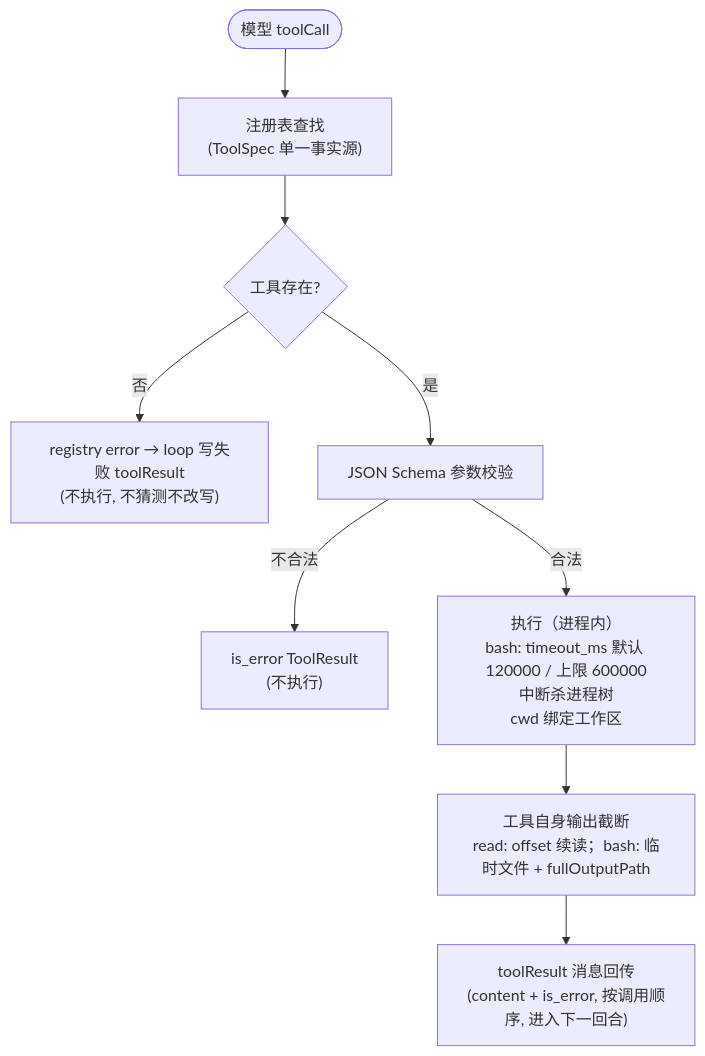
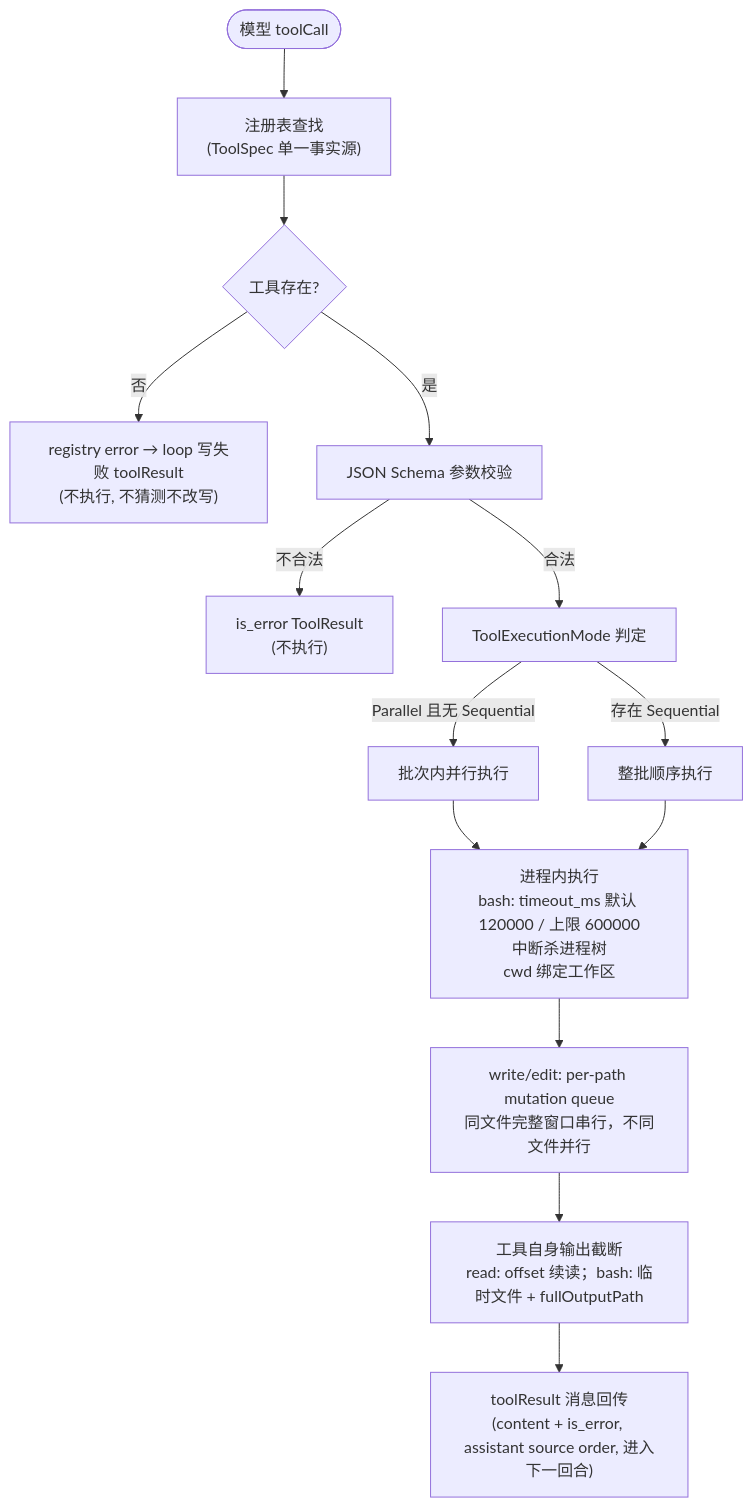
One commit to qjcnmd/singularity-agent changed the fourth of 8 diagrams in docs/singularity.md. Above: the diagram before and after it, drawn with Mermaid. The commit also changed other lines of this file and 6 other files, not shown here.

````diff
--- a/docs/singularity.md
+++ b/docs/singularity.md
@@ -130,11 +134,16 @@
 ```mermaid
 flowchart TD
     A(["模型 toolCall"]) --> B["注册表查找<br/>(ToolSpec 单一事实源)"]
     B --> C{"工具存在?"}
     C -- 否 --> R1["registry error → loop 写失败 toolResult<br/>(不执行, 不猜测不改写)"]
     C -- 是 --> D["JSON Schema 参数校验"]
     D -- "不合法" --> R2["is_error ToolResult<br/>(不执行)"]
-    D -- "合法" --> F["执行（进程内）<br/>bash: timeout_ms 默认 120000 / 上限 600000<br/>中断杀进程树<br/>cwd 绑定工作区"]
-    F --> G["工具自身输出截断<br/>read: offset 续读；bash: 临时文件 + fullOutputPath"]
-    G --> I["toolResult 消息回传<br/>(content + is_error, 按调用顺序, 进入下一回合)"]
+    D -- "合法" --> E2["ToolExecutionMode 判定"]
+    E2 -- "Parallel 且无 Sequential" --> F1["批次内并行执行"]
+    E2 -- "存在 Sequential" --> F2["整批顺序执行"]
+    F1 --> F["进程内执行<br/>bash: timeout_ms 默认 120000 / 上限 600000<br/>中断杀进程树<br/>cwd 绑定工作区"]
+    F2 --> F
+    F --> G["write/edit: per-path mutation queue<br/>同文件完整窗口串行，不同文件并行"]
+    G --> H["工具自身输出截断<br/>read: offset 续读；bash: 临时文件 + fullOutputPath"]
+    H --> I["toolResult 消息回传<br/>(content + is_error, assistant source order, 进入下一回合)"]
 ```
````
